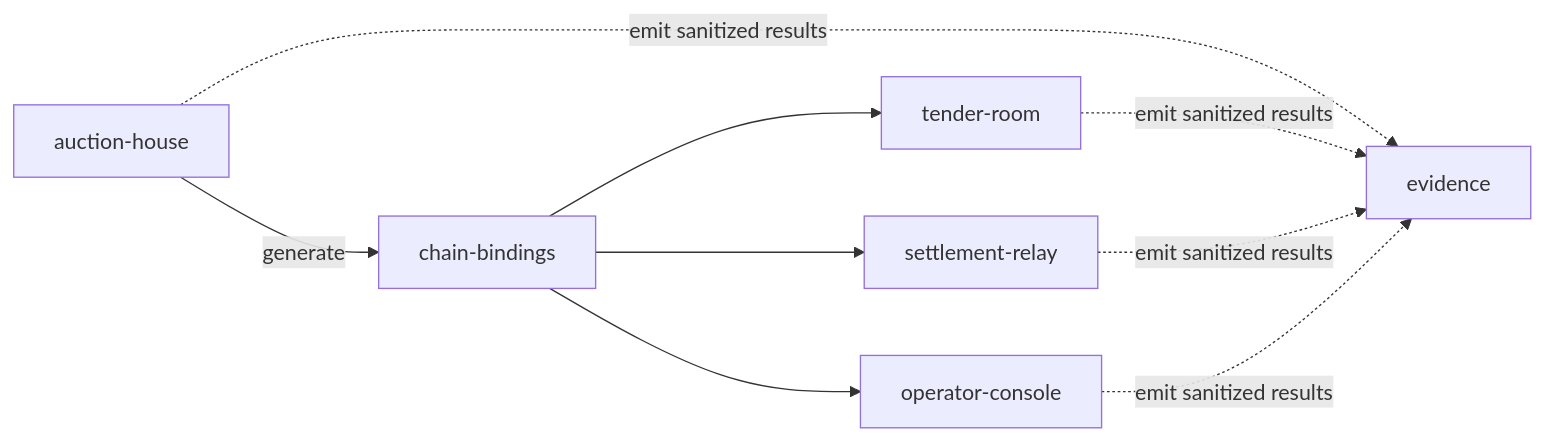
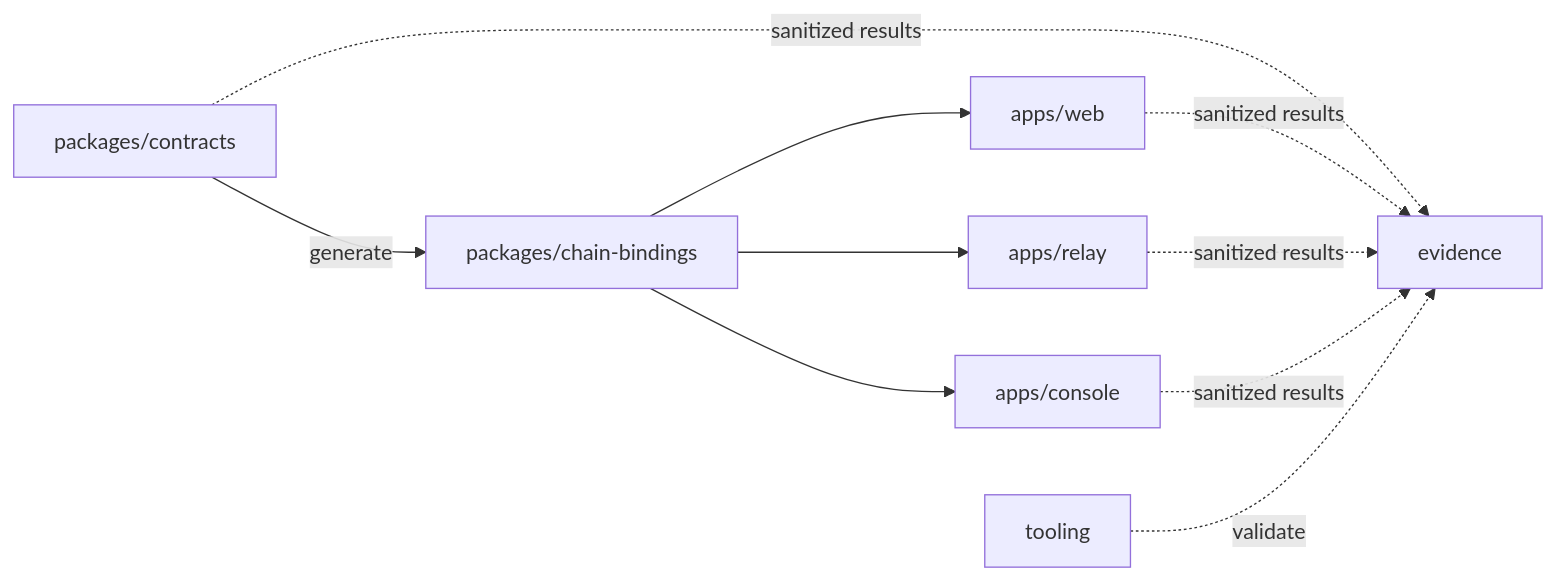
The diagram in docs/repository-layout.md (huutrungle2001/Veilbid), drawn with Mermaid before and after one commit. The commit also changed other lines of this file and 9 other files, not shown here.

````diff
--- a/docs/repository-layout.md
+++ b/docs/repository-layout.md
@@ -130,12 +116,13 @@
 ```mermaid
 flowchart LR
-    AH["auction-house"] -->|generate| CB["chain-bindings"]
-    CB --> TR["tender-room"]
-    CB --> SR["settlement-relay"]
-    CB --> OC["operator-console"]
+    CT["packages/contracts"] -->|generate| CB["packages/chain-bindings"]
+    CB --> WEB["apps/web"]
+    CB --> RELAY["apps/relay"]
+    CB --> CONSOLE["apps/console"]
 
-    AH -.->|emit sanitized results| EV["evidence"]
-    TR -.->|emit sanitized results| EV
-    SR -.->|emit sanitized results| EV
-    OC -.->|emit sanitized results| EV
+    CT -.->|sanitized results| EV["evidence"]
+    WEB -.->|sanitized results| EV
+    RELAY -.->|sanitized results| EV
+    CONSOLE -.->|sanitized results| EV
+    TOOL["tooling"] -.->|validate| EV
 ```
````
